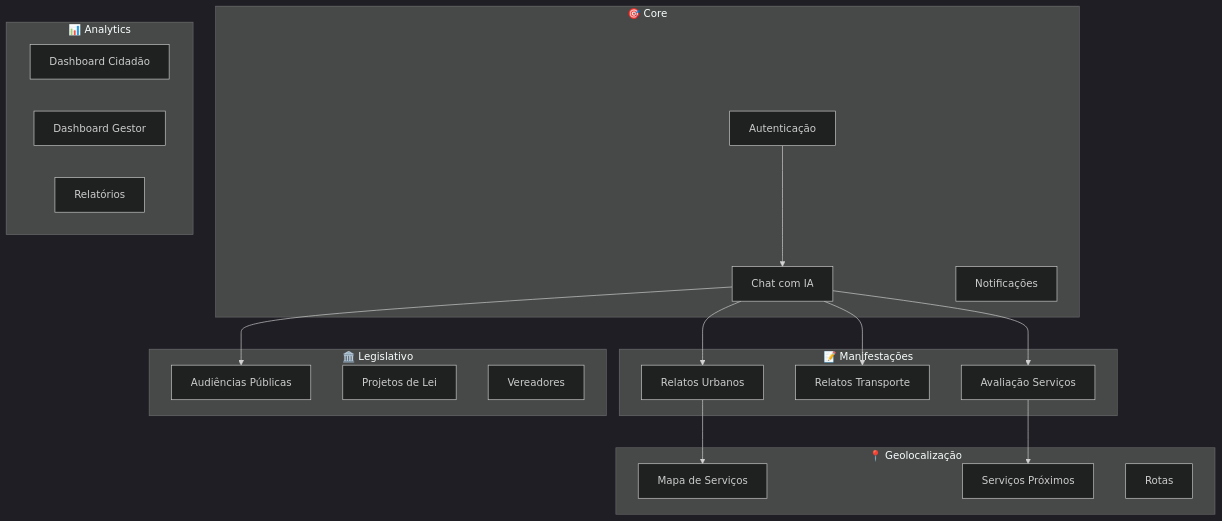
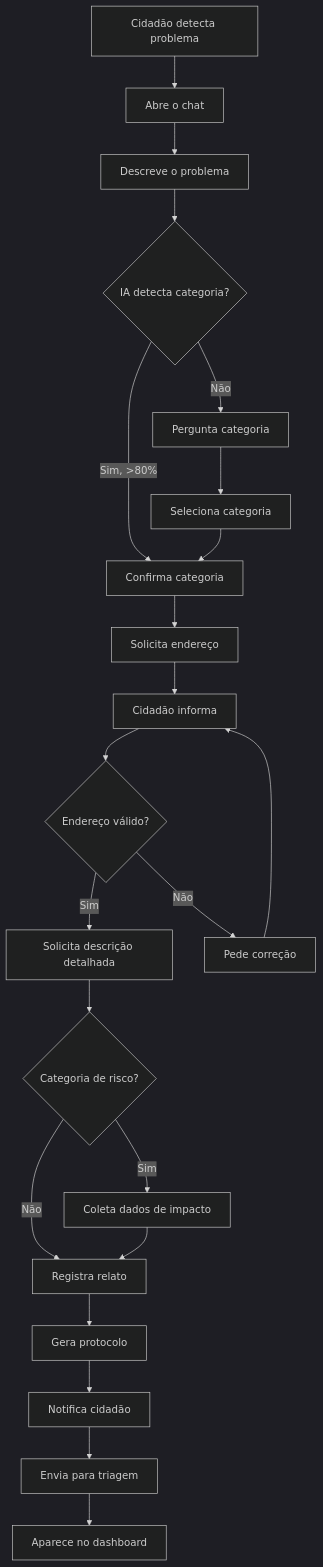
Before and after one commit to MTechnologia/camana-na-mao: diagram 17 of 33 in docs/ESCOPO_E_ARQUITETURA_CAMARA_NA_MAO.md, drawn with Mermaid (dark theme). The commit also changed other lines of this file, not shown here.

````diff
--- a/docs/ESCOPO_E_ARQUITETURA_CAMARA_NA_MAO.md
+++ b/docs/ESCOPO_E_ARQUITETURA_CAMARA_NA_MAO.md
@@ -625,40 +1671,29 @@
 ```mermaid
 flowchart TB
-    subgraph Core["🎯 Core"]
-        Auth["Autenticação"]
-        AI["Chat com IA"]
-        Notif["Notificações"]
-    end
-
-    subgraph Relatos["📝 Manifestações"]
-        Urban["Relatos Urbanos"]
-        Transport["Relatos Transporte"]
-        Rating["Avaliação Serviços"]
-    end
-
-    subgraph Geo["📍 Geolocalização"]
-        Map["Mapa de Serviços"]
-        Nearby["Serviços Próximos"]
-        Directions["Rotas"]
-    end
-
-    subgraph Legislativo["🏛️ Legislativo"]
-        Audiencias["Audiências Públicas"]
-        Projetos["Projetos de Lei"]
-        Vereadores["Vereadores"]
-    end
-
-    subgraph Analytics["📊 Analytics"]
-        Dashboard["Dashboard Cidadão"]
-        AdminDash["Dashboard Gestor"]
-        Reports["Relatórios"]
-    end
-
-    Auth --> AI
-    AI --> Urban
-    AI --> Transport
-    AI --> Rating
-    AI --> Audiencias
-    Urban --> Map
-    Rating --> Nearby
+    Start["Cidadão detecta problema"] --> Open["Abre o chat"]
+    Open --> Describe["Descreve o problema"]
+    
+    Describe --> AI{"IA detecta categoria?"}
+    AI -->|Sim, >80%| Confirm["Confirma categoria"]
+    AI -->|Não| Ask["Pergunta categoria"]
+    Ask --> Select["Seleciona categoria"]
+    Select --> Confirm
+    
+    Confirm --> Address["Solicita endereço"]
+    Address --> Input["Cidadão informa"]
+    Input --> Geocode{"Endereço válido?"}
+    
+    Geocode -->|Sim| Description["Solicita descrição detalhada"]
+    Geocode -->|Não| Retry["Pede correção"]
+    Retry --> Input
+    
+    Description --> Risk{"Categoria de risco?"}
+    Risk -->|Sim| Impact["Coleta dados de impacto"]
+    Risk -->|Não| Submit
+    Impact --> Submit
+    
+    Submit["Registra relato"] --> Protocol["Gera protocolo"]
+    Protocol --> Notify["Notifica cidadão"]
+    Notify --> N8N["Envia para triagem"]
+    N8N --> Dashboard["Aparece no dashboard"]
 ```
````
